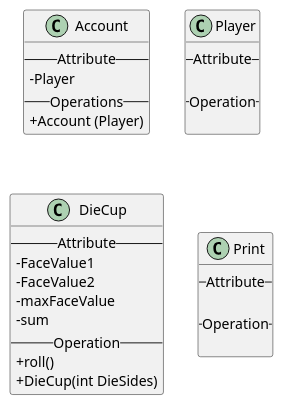
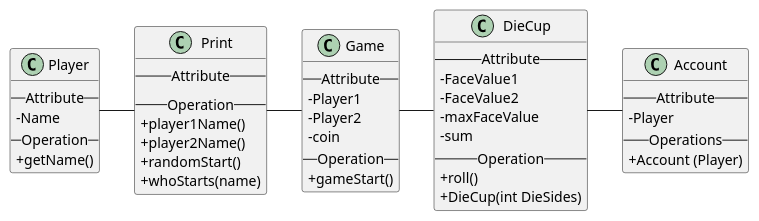
One commit to Jakob-SA/CDIO-2 changed the diagram in src/plantUML_Diagrams/Design class diagram.puml. Above: the diagram before and after it, drawn with PlantUML.

Commit message:
Design Class Diagram V3

```diff
--- a/src/plantUML_Diagrams/Design class diagram.puml
+++ b/src/plantUML_Diagrams/Design class diagram.puml
@@ -1,34 +1,48 @@
 @startuml
 'https://plantuml.com/class-diagram
 skinparam classAttributeIconSize 0
 class Account {
 --Attribute--
 - Player
 --Operations--
 + Account (Player)
 }
 
 class Player {
 --Attribute--
-
+-Name
 --Operation--
-
++getName()
 }
 class DieCup {
 --Attribute--
 - FaceValue1
 - FaceValue2
 - maxFaceValue
 - sum
 --Operation--
 +roll()
 +DieCup(int DieSides)
 }
 class Print {
 --Attribute--
-
 --Operation--
-
++player1Name()
++player2Name()
++randomStart()
++whoStarts(name)
 }
 
+class Game {
+--Attribute--
+-Player1
+-Player2
+-coin
+--Operation--
++gameStart()
+}
+Player - Print
+Print - Game
+Game - DieCup
+DieCup - Account
 @enduml
```
